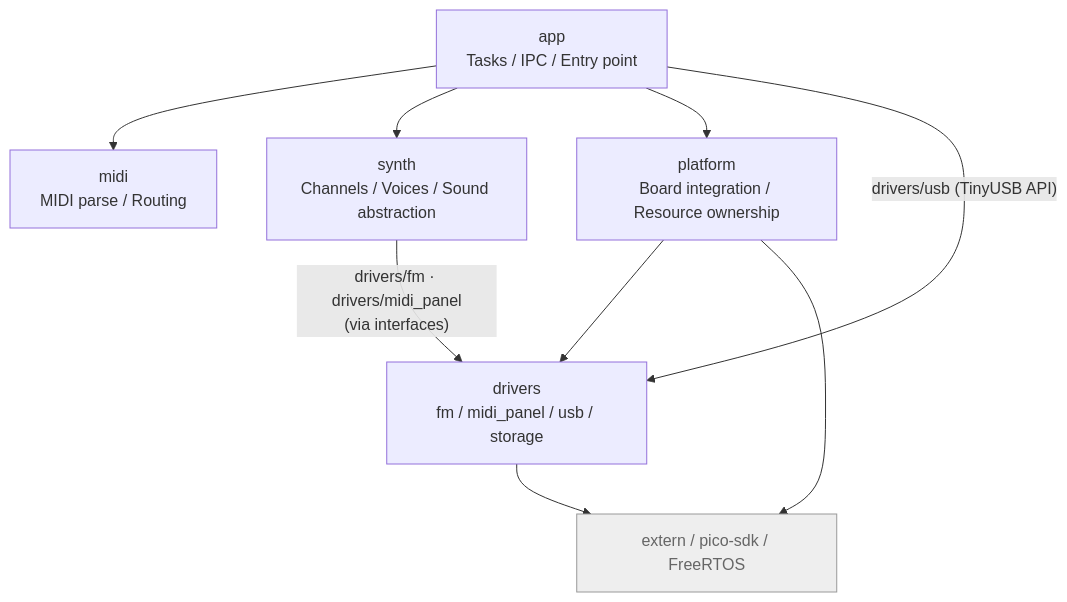
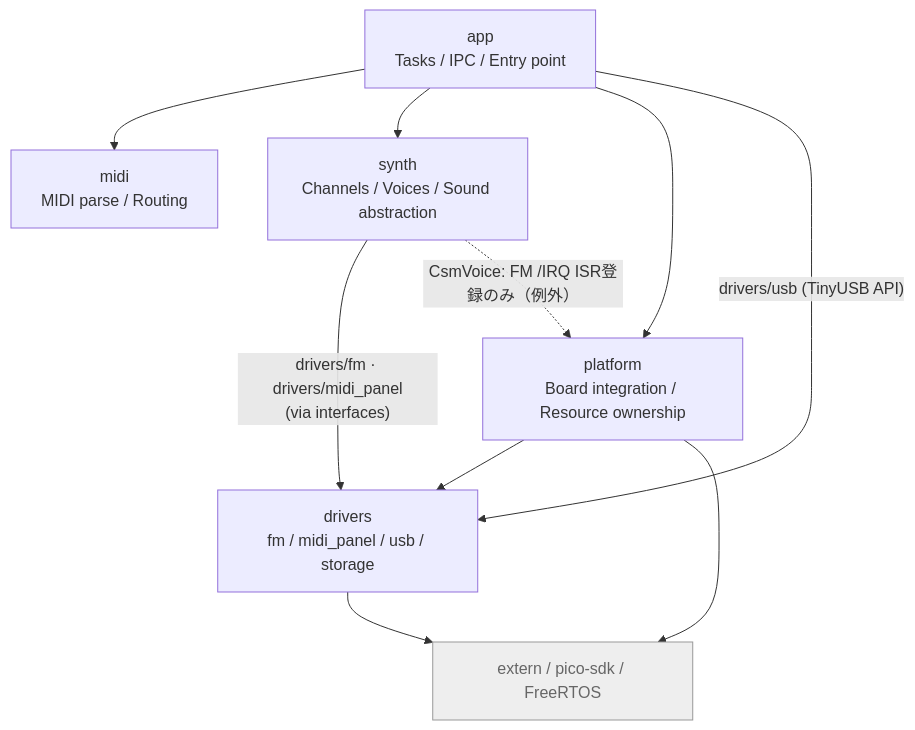
One commit to 46nori/FMSynthEnsembleV3 changed the diagram in doc/domain/README.md. Above: the diagram before and after it, drawn with Mermaid. The commit also changed other lines of this file and 42 other files, not shown here.

````diff
--- a/doc/domain/README.md
+++ b/doc/domain/README.md
@@ -7,21 +7,22 @@
 ```mermaid
 flowchart TD
     app["app<br>Tasks / IPC / Entry point"]
     midi["midi<br>MIDI parse / Routing"]
     synth["synth<br>Channels / Voices / Sound abstraction"]
     platform["platform<br>Board integration / Resource ownership"]
     drivers["drivers<br>fm / midi_panel / usb / storage"]
     ext["extern / pico-sdk / FreeRTOS"]
 
     app --> midi
     app --> synth
     app --> platform
     app -- "drivers/usb (TinyUSB API)" --> drivers
     synth -- "drivers/fm · drivers/midi_panel<br>(via interfaces)" --> drivers
+    synth -. "CsmVoice: FM /IRQ ISR登録のみ（例外）" .-> platform
     platform --> drivers
     platform --> ext
     drivers --> ext
 
     classDef external fill:#eee,stroke:#999,color:#666;
     class ext external;
 ```
````
